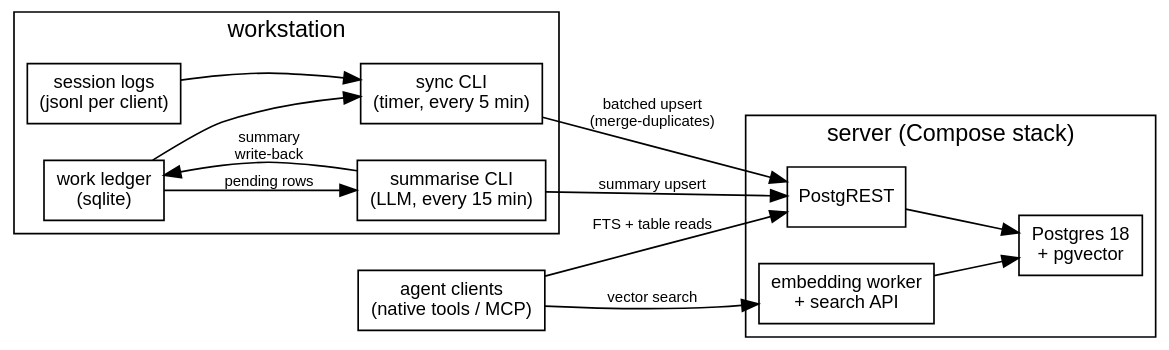
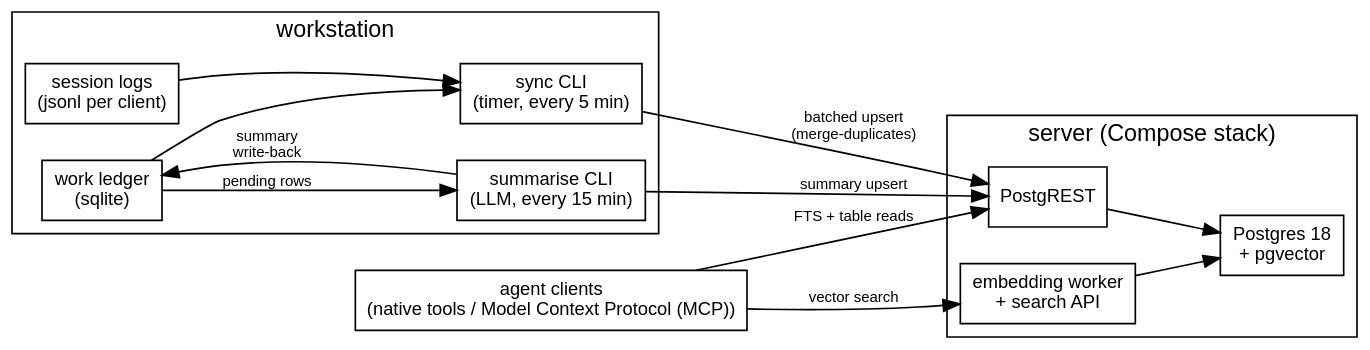
Before and after one commit to erfianugrah/lexicanum: the first of 2 diagrams in src/content/docs/reference/agent-memory-store.mdx, drawn with Graphviz. The commit also changed other lines of this file and 31 other files, not shown here.

````diff
--- a/src/content/docs/reference/agent-memory-store.mdx
+++ b/src/content/docs/reference/agent-memory-store.mdx
@@ -53,34 +53,34 @@
 ```dot
 digraph {
   rankdir=LR; bgcolor="transparent"; compound=true; nodesep=0.3; ranksep=0.7;
   fontname="Helvetica,Arial,sans-serif";
   node [fontname="Helvetica,Arial,sans-serif", fontsize=11, shape=box];
   edge [fontname="Helvetica,Arial,sans-serif", fontsize=9];
 
   subgraph cluster_ws {
     label="workstation";
     logs [label="session logs\n(jsonl per client)"];
     ledger [label="work ledger\n(sqlite)"];
     sync [label="sync CLI\n(timer, every 5 min)"];
     summarise [label="summarise CLI\n(LLM, every 15 min)"];
     logs -> sync; ledger -> sync;
     ledger -> summarise [label="pending rows"];
     summarise -> ledger [label="summary\nwrite-back"];
   }
 
   subgraph cluster_srv {
     label="server (Compose stack)";
     pg [label="Postgres 18\n+ pgvector"];
     rest [label="PostgREST"];
     emb [label="embedding worker\n+ search API"];
     rest -> pg; emb -> pg;
   }
 
-  agents [label="agent clients\n(native tools / MCP)"];
+  agents [label="agent clients\n(native tools / Model Context Protocol (MCP))"];
 
   sync -> rest [label="batched upsert\n(merge-duplicates)"];
   summarise -> rest [label="summary upsert"];
   agents -> rest [label="FTS + table reads"];
   agents -> emb [label="vector search"];
 }
 ```
````
